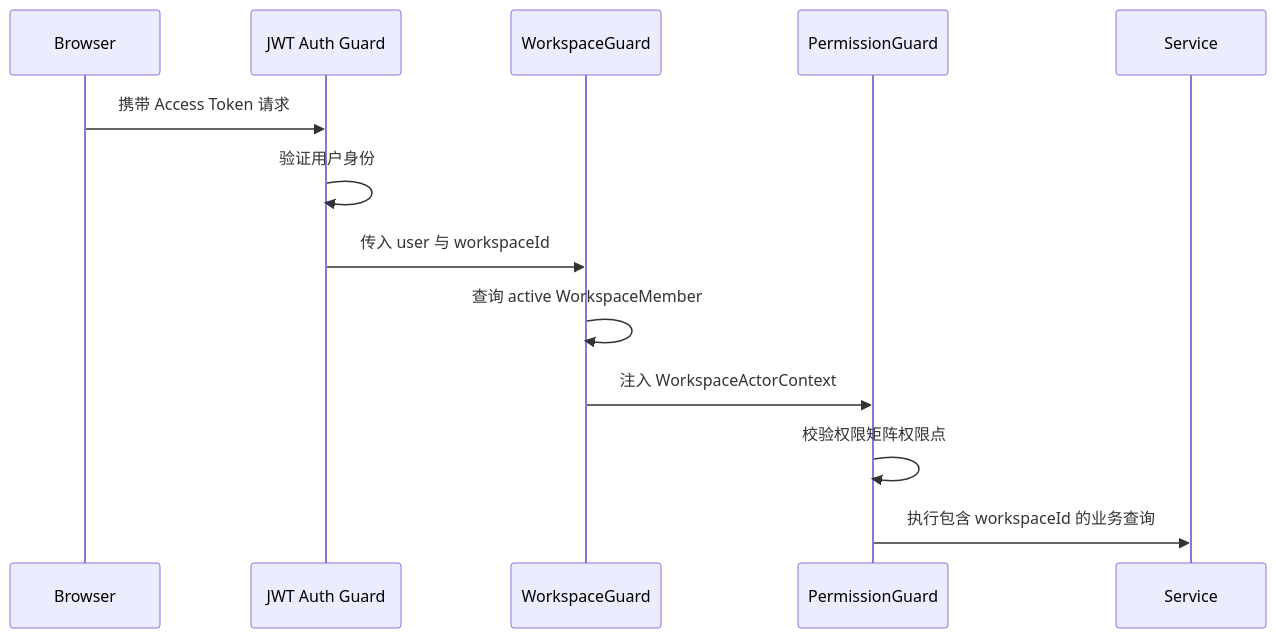
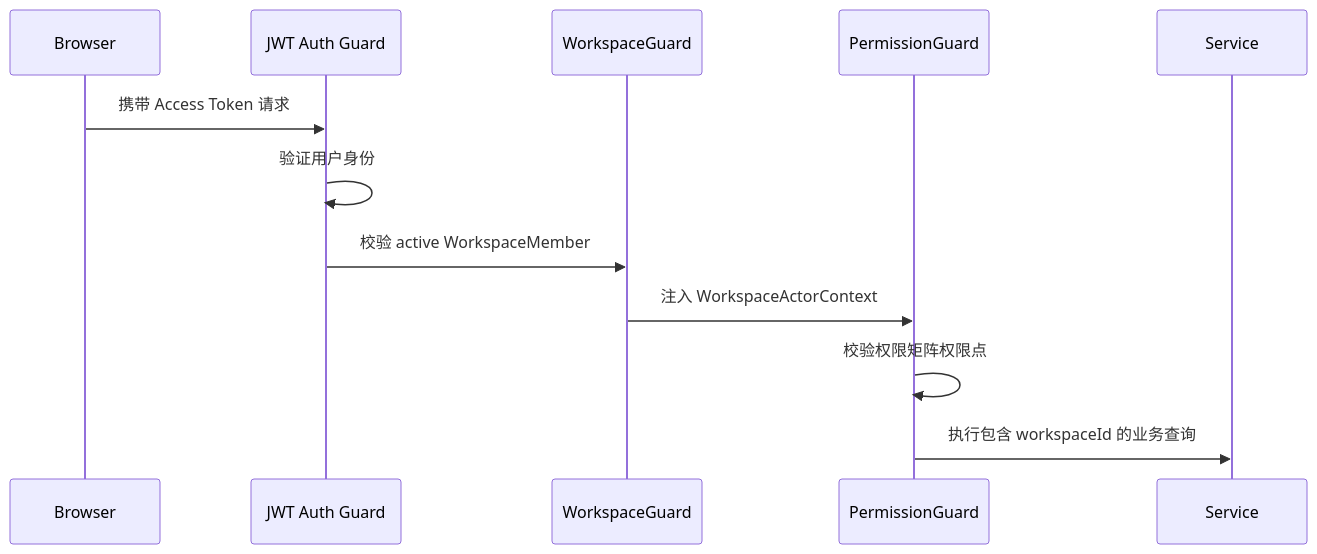
One commit to KeXiongpeng/CloudStore changed the sixth of 6 diagrams in docs/ARCHITECTURE.md. Above: the diagram before and after it, drawn with Mermaid. The commit also changed other lines of this file and 4 other files, not shown here.

Commit message:
docs(deploy): add D6 architecture, runbook, and release plan

````diff
--- a/docs/ARCHITECTURE.md
+++ b/docs/ARCHITECTURE.md
@@ -136,16 +205,15 @@
 ```mermaid
 sequenceDiagram
   participant B as Browser
   participant J as JWT Auth Guard
   participant W as WorkspaceGuard
   participant P as PermissionGuard
   participant S as Service
 
   B->>J: 携带 Access Token 请求
   J->>J: 验证用户身份
-  J->>W: 传入 user 与 workspaceId
-  W->>W: 查询 active WorkspaceMember
+  J->>W: 校验 active WorkspaceMember
   W->>P: 注入 WorkspaceActorContext
   P->>P: 校验权限矩阵权限点
   P->>S: 执行包含 workspaceId 的业务查询
 ```
````
